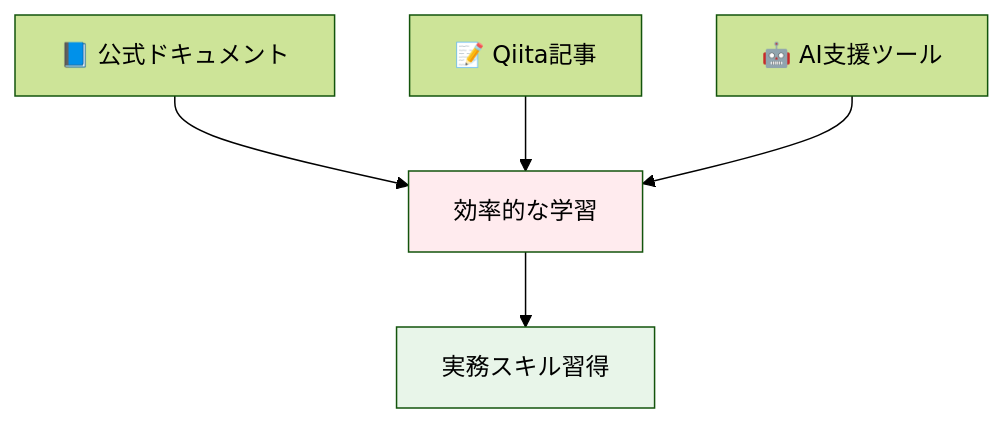
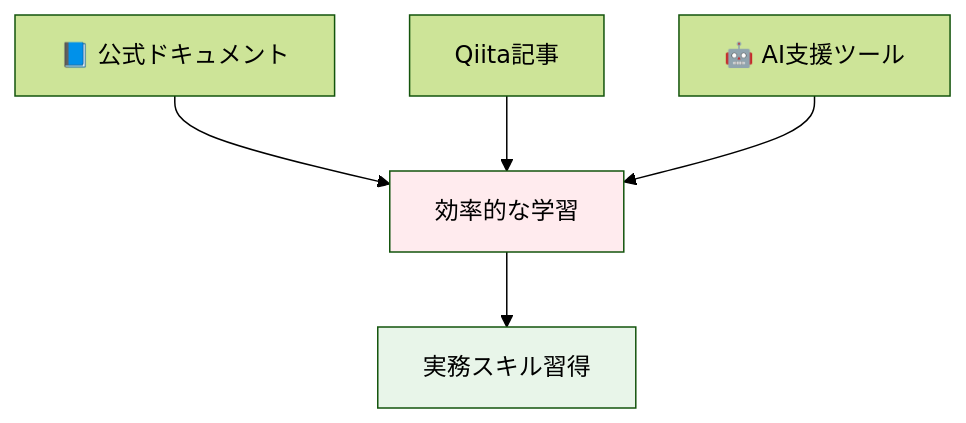
Before and after one commit to taka-yayoi/qiita-articles: diagram 14 of 14 in public/databricks-beginner-learning-path.md, drawn with Mermaid (forest theme). The commit also changed other lines of this file, not shown here.

First line of the commit message:
Databricksアーキテクチャ図を修正し、Qiitaサムネイル表示を有効化

````diff
--- a/public/databricks-beginner-learning-path.md
+++ b/public/databricks-beginner-learning-path.md
@@ -660,10 +672,10 @@
 ```mermaid
 graph TD
     A[📘 公式ドキュメント] --> C[効率的な学習]
-    B[📝 Qiita記事] --> C
+    B[Qiita記事] --> C
     D[🤖 AI支援ツール] --> C
     C --> E[実務スキル習得]
 
     style C fill:#ffebee
     style E fill:#e8f5e9
 ```
````
